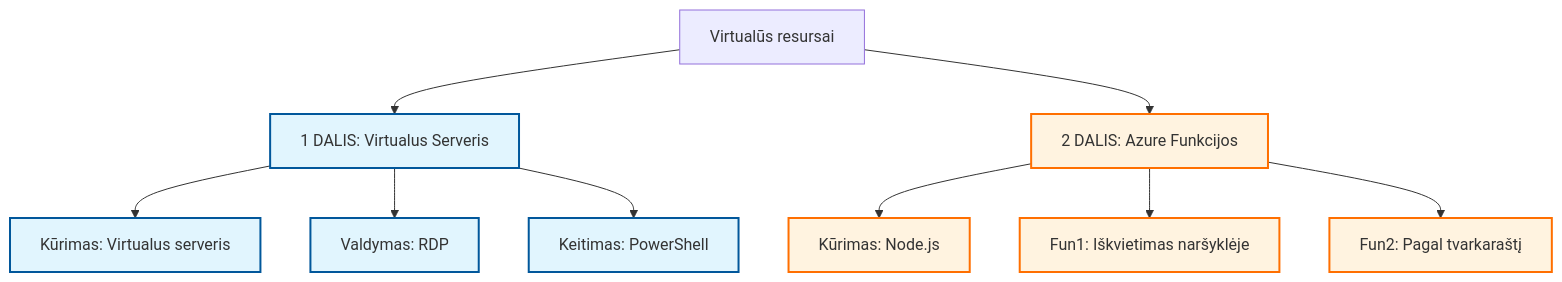
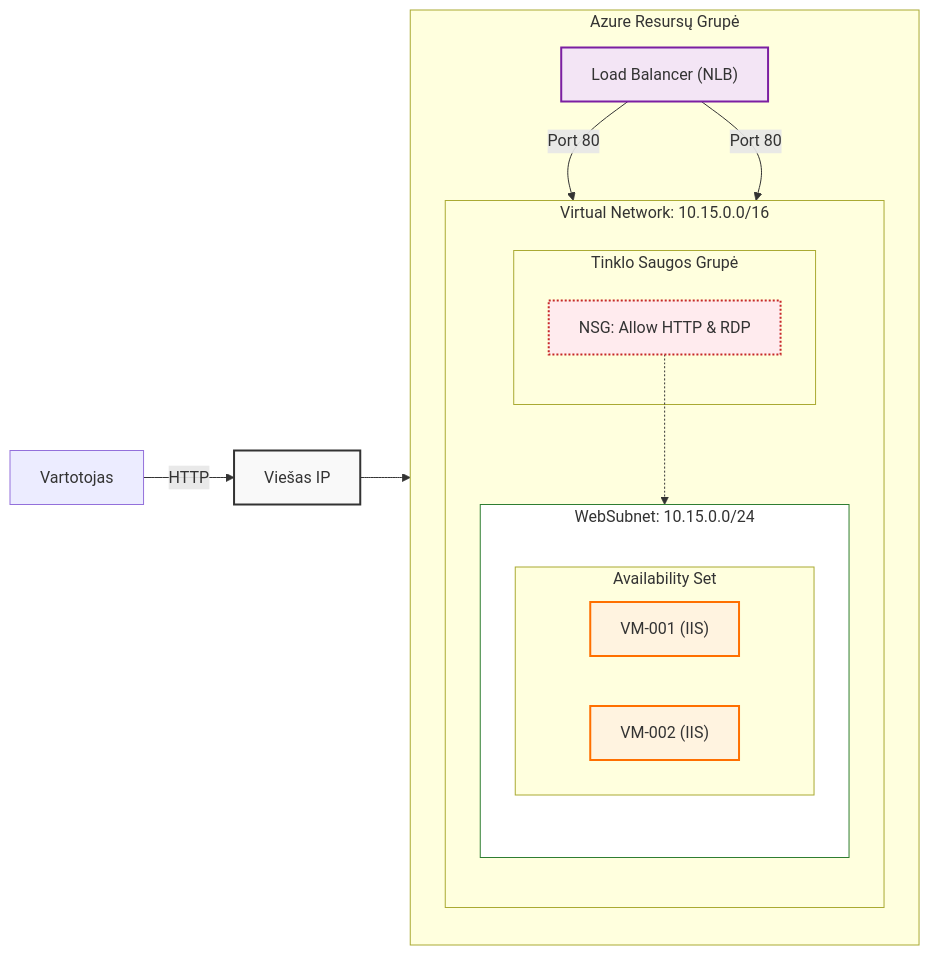
The diagram in Lab04/README.md (Kauno-Kolegija/KK-Azure), drawn with Mermaid before and after one commit.

Commit message:
Lab4 diagrama

````diff
--- a/Lab04/README.md
+++ b/Lab04/README.md
@@ -1,22 +1,47 @@
 ```mermaid
 ---
 config:
-  layout: fixed
+  layout: dagre
 ---
-flowchart TB
-    Lab["Virtualūs resursai"] --> Part1["1 DALIS: Virtualus Serveris"] & Part2["2 DALIS: Azure Funkcijos"]
-    Part1 --> A1["Kūrimas: Virtualus serveris"] & A2["Valdymas: RDP"] & A3["Keitimas: PowerShell"]
-    Part2 --> B1["Kūrimas: Node.js"] & B2["Fun1: Iškvietimas naršyklėje"] & B3["Fun2: Pagal tvarkaraštį"]
+flowchart LR
+ subgraph NSG_Box["Tinklo Saugos Grupė"]
+        NSG["NSG: Allow HTTP & RDP"]
+  end
+ subgraph AvSet["Availability Set"]
+    direction LR
+        VM1["VM-001 (IIS)"]
+        VM2["VM-002 (IIS)"]
+  end
+ subgraph Subnet["WebSubnet: 10.15.0.0/24"]
+    direction TB
+        AvSet
+  end
+ subgraph VNet["Virtual Network: 10.15.0.0/16"]
+    direction TB
+        NSG_Box
+        Subnet
+  end
+ subgraph AzureCloud["Azure Resursų Grupė"]
+    direction TB
+        LB["Load Balancer (NLB)"]
+        VNet
+  end
+    User["Vartotojas"] -- HTTP --> PublicIP["Viešas IP"]
+    PublicIP --> LB
+    LB -- Port 80 --> VM1 & VM2
+    NSG -.-> Subnet
 
-     Part1:::vm
-     Part2:::func
-     A1:::vm
-     A2:::vm
-     A3:::vm
-     B1:::func
-     B2:::func
-     B3:::func
-    classDef vm fill:#e1f5fe,stroke:#01579b,stroke-width:2px
-    classDef func fill:#fff3e0,stroke:#ff6f00,stroke-width:2px
-    classDef user fill:#e8f5e9,stroke:#2e7d32,stroke-width:2px,rx:10,ry:10
+     NSG:::nsg
+     VM1:::vm
+     VM2:::vm
+     Subnet:::subnet
+     LB:::lb
+     PublicIP:::internet
+    classDef internet fill:#f9f9f9,stroke:#333,stroke-width:2px
+    classDef azure fill:#e1f5fe,stroke:#01579b,stroke-width:2px
+    classDef vnet fill:#e8f5e9,stroke:#2e7d32,stroke-width:2px,stroke-dasharray: 5 5
+    classDef subnet fill:#ffffff,stroke:#2e7d32,stroke-width:1px
+    classDef vm fill:#fff3e0,stroke:#ff6f00,stroke-width:2px
+    classDef lb fill:#f3e5f5,stroke:#7b1fa2,stroke-width:2px
+    classDef nsg fill:#ffebee,stroke:#c62828,stroke-width:2px,stroke-dasharray: 2 2
 ```
````
